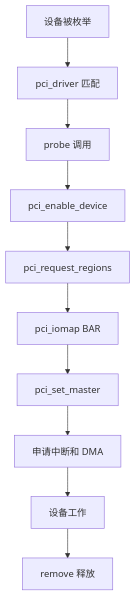
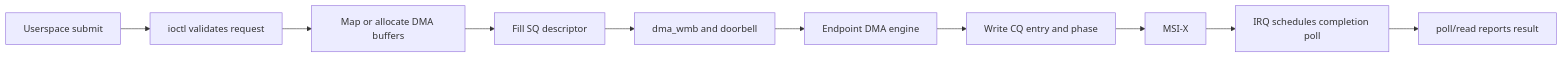
The first of 2 diagrams in docs/articles/pcie/pci-08-pcie-device-driver-practice.md (cdragon-ljl/EEandEdgeAI), drawn with Mermaid before and after one commit. The commit also changed other lines of this file and 4 other files, not shown here.

````diff
--- a/docs/articles/pcie/pci-08-pcie-device-driver-practice.md
+++ b/docs/articles/pcie/pci-08-pcie-device-driver-practice.md
@@ -28,12 +33,12 @@
 ```mermaid
-flowchart TD
-    A[设备被枚举] --> B[pci_driver 匹配]
-    B --> C[probe 调用]
-    C --> D[pci_enable_device]
-    D --> E[pci_request_regions]
-    E --> F[pci_iomap BAR]
-    F --> G[pci_set_master]
-    G --> H[申请中断和 DMA]
-    H --> I[设备工作]
-    I --> J[remove 释放]
+flowchart LR
+    APP[Userspace submit] --> IO[ioctl validates request]
+    IO --> MAP[Map or allocate DMA buffers]
+    MAP --> SQ[Fill SQ descriptor]
+    SQ --> DB[dma_wmb and doorbell]
+    DB --> HW[Endpoint DMA engine]
+    HW --> CQ[Write CQ entry and phase]
+    CQ --> MSI[MSI-X]
+    MSI --> POLL[IRQ schedules completion poll]
+    POLL --> USER[poll/read reports result]
 ```
````
